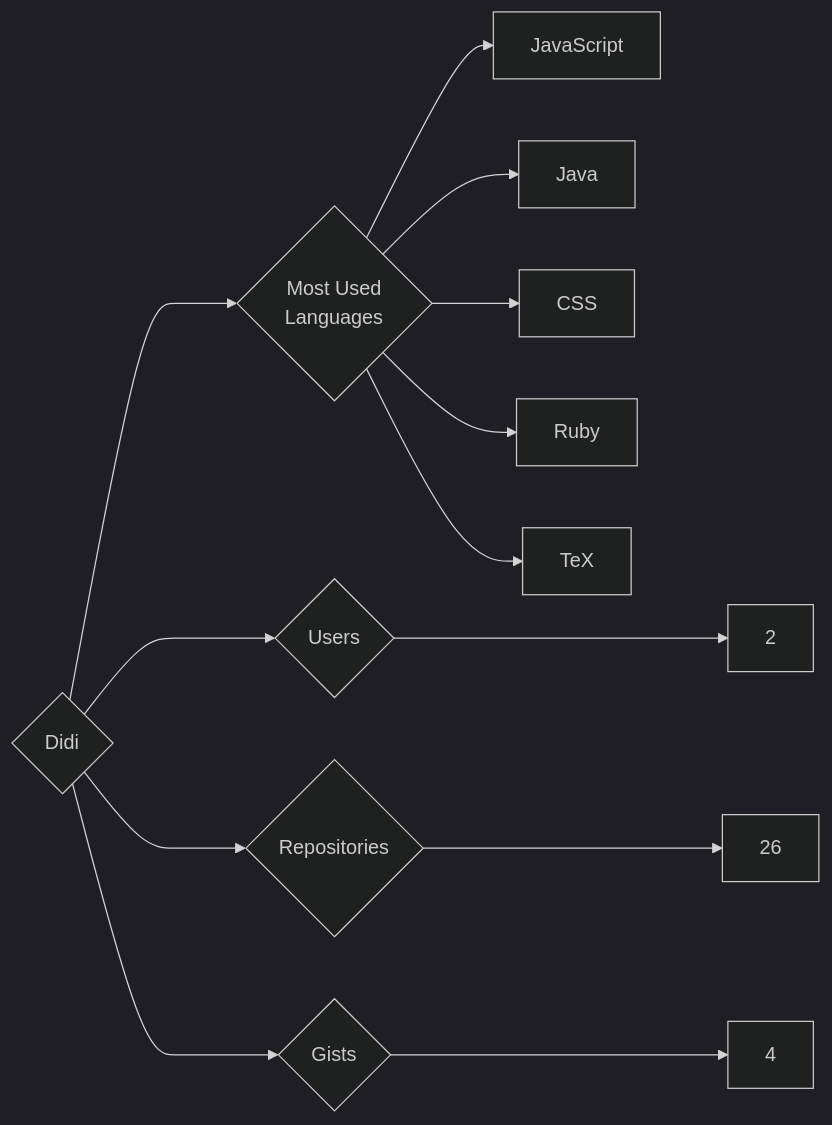
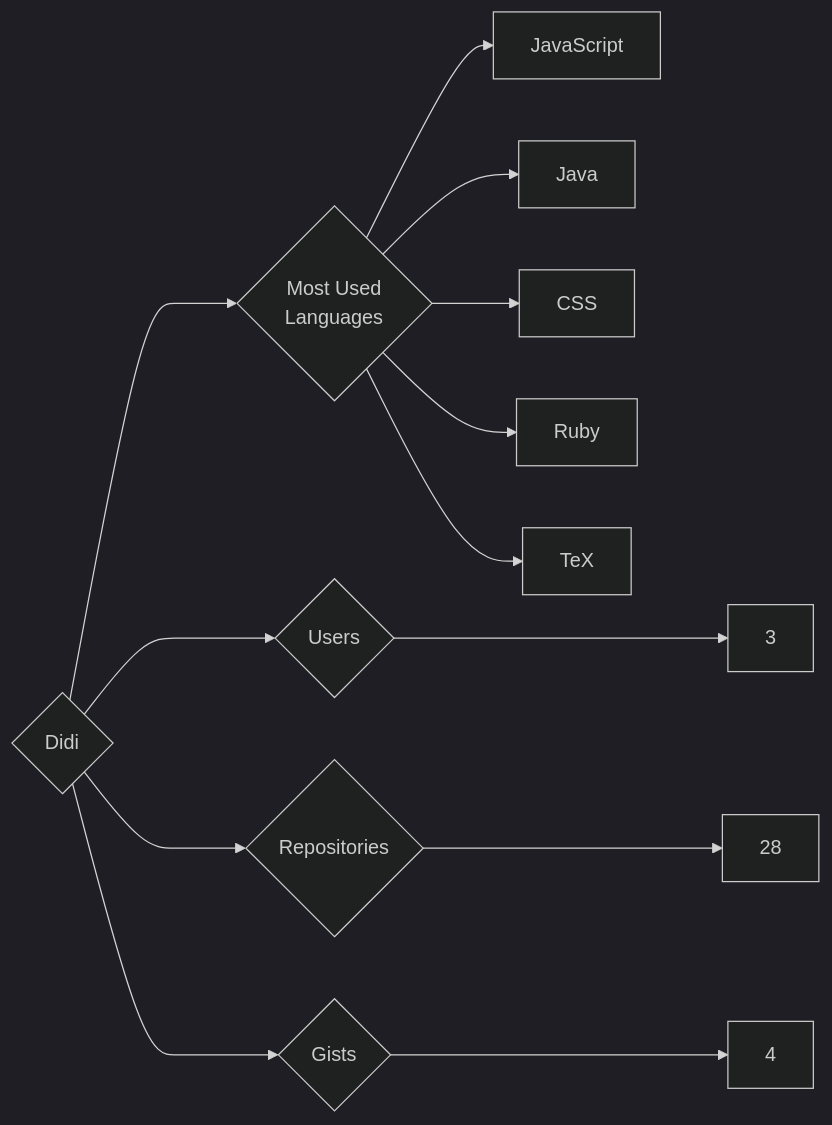
One commit to trickest/insiders changed the diagram in targets/Didi/README.md. Above: the diagram before and after it, drawn with Mermaid (dark theme). The commit also changed 1089 other files, not shown here.

````diff
--- a/targets/Didi/README.md
+++ b/targets/Didi/README.md
@@ -3,13 +3,13 @@
 ```mermaid
 graph LR
 COMPANY_NAME{Didi}
-COMPANY_NAME ---> U{Users} ---> UN[2]
-COMPANY_NAME ---> R{Repositories} ---> RN[26]
+COMPANY_NAME ---> U{Users} ---> UN[3]
+COMPANY_NAME ---> R{Repositories} ---> RN[28]
 COMPANY_NAME ---> G{Gists} ---> GN[4]
 COMPANY_NAME ---> ML{Most Used<br>Languages}
 ML --> JavaScript[JavaScript]
 ML --> Java[Java]
 ML --> CSS[CSS]
 ML --> Ruby[Ruby]
 ML --> TeX[TeX]
 ```
````
